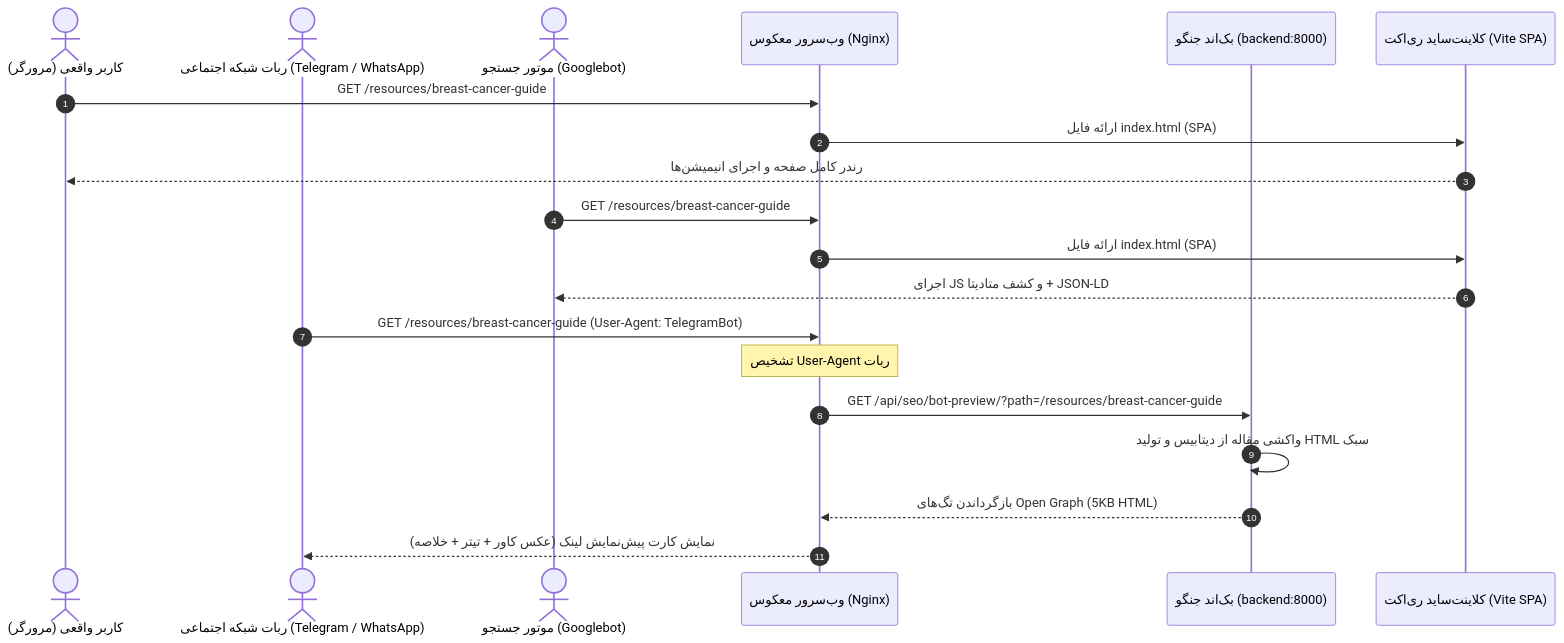
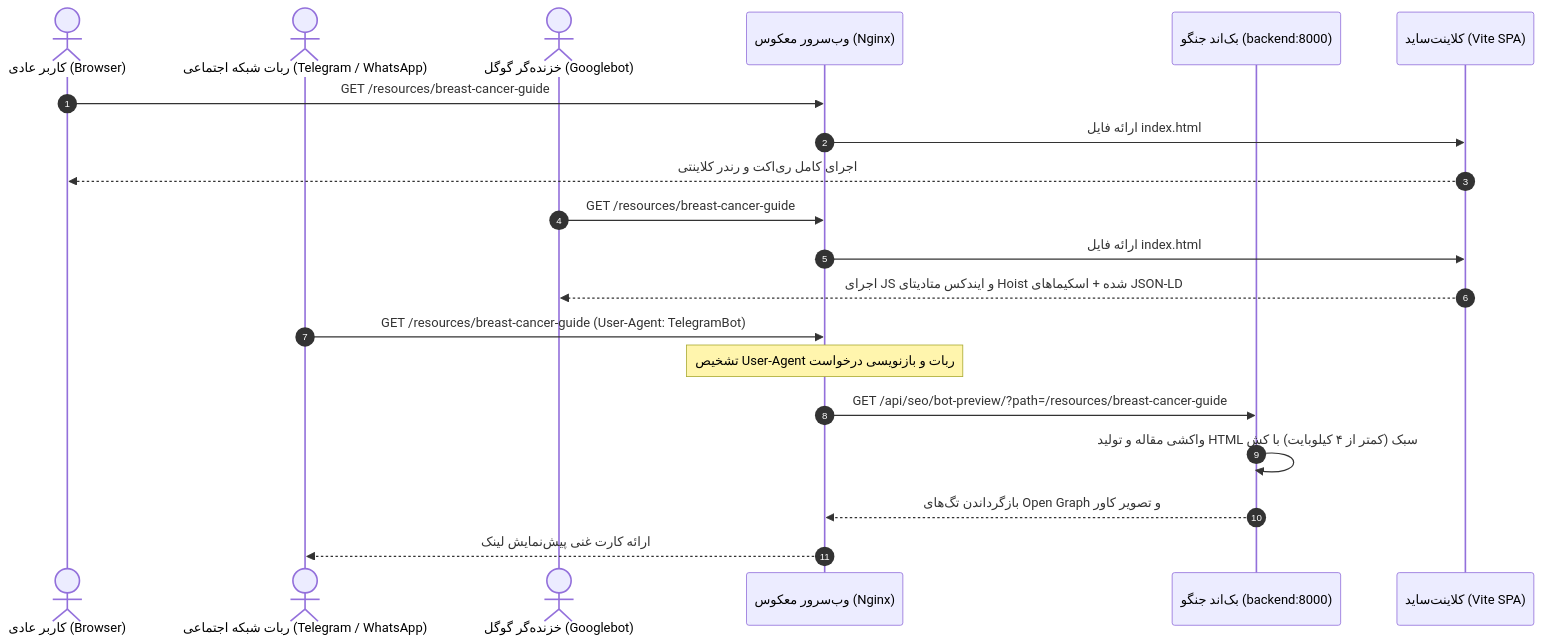
The diagram in docs/architecture/backend-seo-specification.md (MmdHosain/kamelion), drawn with Mermaid before and after one commit. The commit also changed other lines of this file and 1 other file, not shown here.

````diff
--- a/docs/architecture/backend-seo-specification.md
+++ b/docs/architecture/backend-seo-specification.md
@@ -20,25 +23,25 @@
 ```mermaid
 sequenceDiagram
     autonumber
-    actor User as کاربر واقعی (مرورگر)
+    actor User as کاربر عادی (Browser)
     actor Bot as ربات شبکه اجتماعی (Telegram / WhatsApp)
-    actor Google as موتور جستجو (Googlebot)
+    actor Google as خزنده‌گر گوگل (Googlebot)
     participant Nginx as وب‌سرور معکوس (Nginx)
     participant Django as بک‌اند جنگو (backend:8000)
-    participant React as کلاینت‌ساید ری‌اکت (Vite SPA)
+    participant React as کلاینت‌ساید (Vite SPA)
 
     User->>Nginx: GET /resources/breast-cancer-guide
-    Nginx->>React: ارائه فایل index.html (SPA)
-    React-->>User: رندر کامل صفحه و اجرای انیمیشن‌ها
+    Nginx->>React: ارائه فایل index.html
+    React-->>User: اجرای کامل ری‌اکت و رندر کلاینتی
 
     Google->>Nginx: GET /resources/breast-cancer-guide
-    Nginx->>React: ارائه فایل index.html (SPA)
-    React-->>Google: اجرای JS و کشف متادیتا + JSON-LD
+    Nginx->>React: ارائه فایل index.html
+    React-->>Google: اجرای JS و ایندکس متادیتای Hoist شده + اسکیماهای JSON-LD
 
     Bot->>Nginx: GET /resources/breast-cancer-guide (User-Agent: TelegramBot)
-    Note over Nginx: تشخیص User-Agent ربات
+    Note over Nginx: تشخیص User-Agent ربات و بازنویسی درخواست
     Nginx->>Django: GET /api/seo/bot-preview/?path=/resources/breast-cancer-guide
-    Django->>Django: واکشی مقاله از دیتابیس و تولید HTML سبک
-    Django-->>Nginx: بازگرداندن تگ‌های Open Graph (5KB HTML)
-    Nginx-->>Bot: نمایش کارت پیش‌نمایش لینک (عکس کاور + تیتر + خلاصه)
+    Django->>Django: واکشی مقاله و تولید HTML سبک (کمتر از ۴ کیلوبایت) با کش
+    Django-->>Nginx: بازگرداندن تگ‌های Open Graph و تصویر کاور
+    Nginx-->>Bot: ارائه کارت غنی پیش‌نمایش لینک
 ```
````
